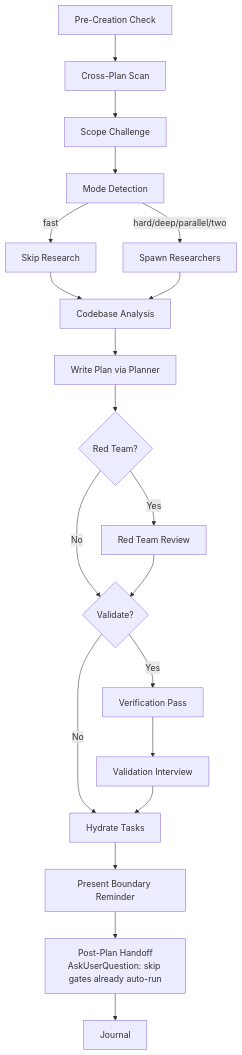
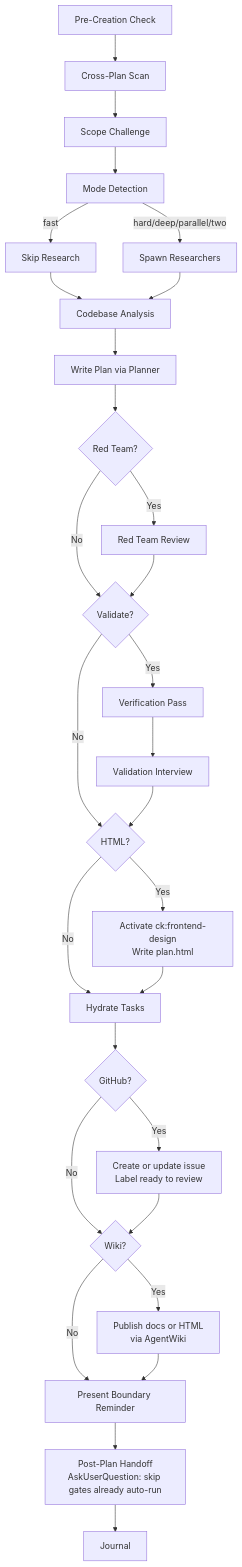
Before and after one commit to minhlongs/mekong-cli: the diagram in .claude/skills/ck-plan/SKILL.md, drawn with Mermaid. The commit also changed other lines of this file and 1075 other files, not shown here.

First line of the commit message:
feat: merge ClaudeKit architecture — PEV engine, 137 commands, 105 skills, 22 agents, unified settings

````diff
--- a/.claude/skills/ck-plan/SKILL.md
+++ b/.claude/skills/ck-plan/SKILL.md
@@ -222,22 +385,31 @@
 ```mermaid
 flowchart TD
     A[Pre-Creation Check] --> B[Cross-Plan Scan]
     B --> C[Scope Challenge]
     C --> D[Mode Detection]
     D -->|fast| E[Skip Research]
     D -->|hard/deep/parallel/two| F[Spawn Researchers]
     E --> G[Codebase Analysis]
     F --> G
     G --> H[Write Plan via Planner]
     H --> I{Red Team?}
     I -->|Yes| J[Red Team Review]
     I -->|No| K{Validate?}
     J --> K
     K -->|Yes| V[Verification Pass]
-    K -->|No| M[Hydrate Tasks]
+    K -->|No| X{HTML?}
     V --> L[Validation Interview]
-    L --> M
-    M --> N[Present Boundary Reminder]
+    L --> X
+    X -->|Yes| Y[Activate ck:frontend-design<br/>Write plan.html]
+    X -->|No| M[Hydrate Tasks]
+    Y --> M
+    M --> Q{GitHub?}
+    Q -->|Yes| R[Create or update issue<br/>Label ready to review]
+    Q -->|No| W{Wiki?}
+    R --> W
+    W -->|Yes| S[Publish docs or HTML<br/>via AgentWiki]
+    W -->|No| N[Present Boundary Reminder]
+    S --> N
     N --> P[Post-Plan Handoff<br/>AskUserQuestion: skip gates already auto-run]
     P --> O[Journal]
 ```
````
